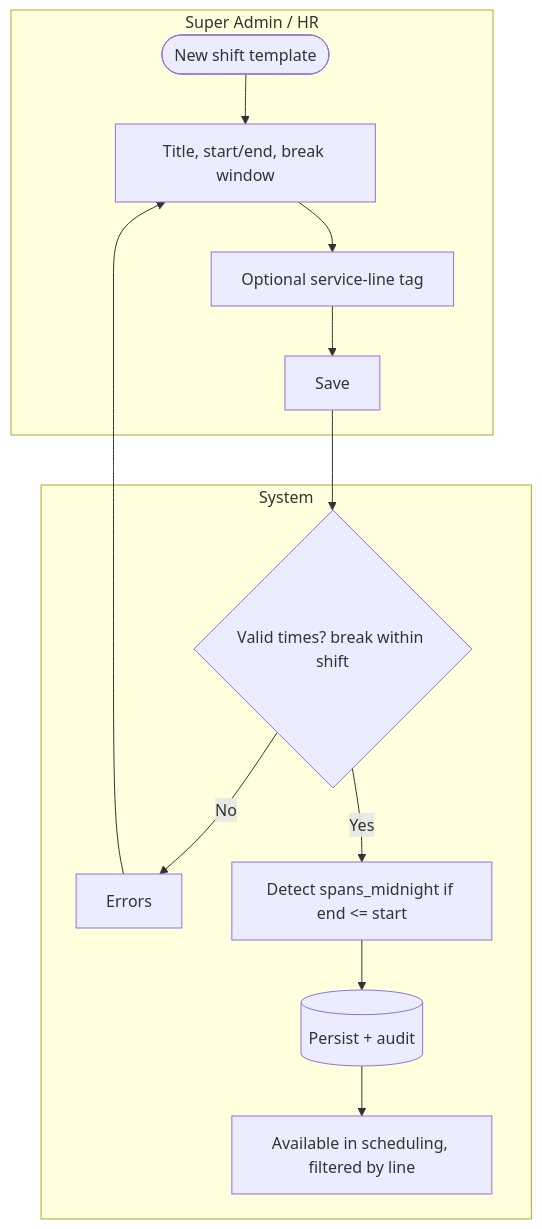
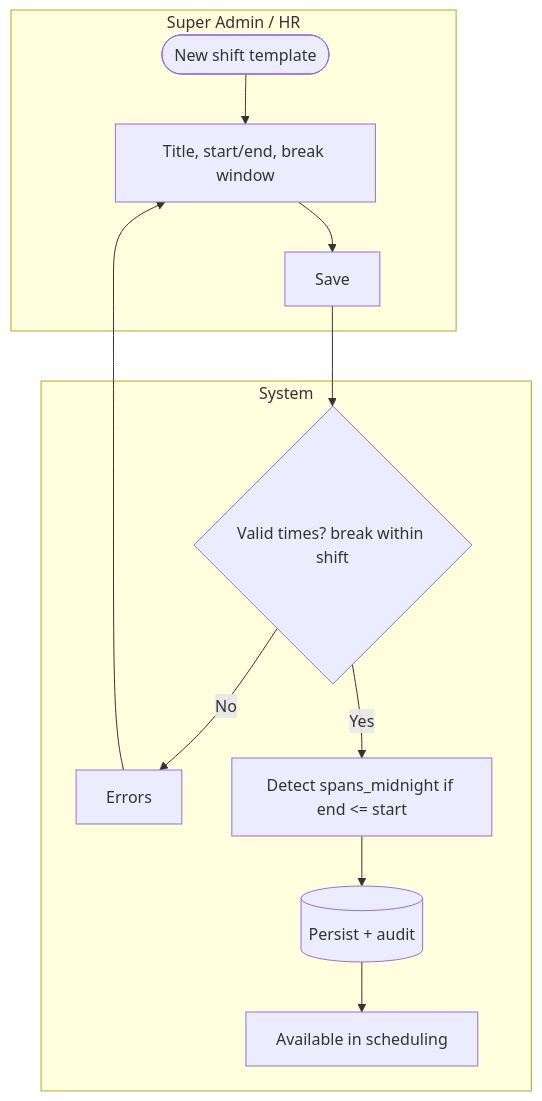
Before and after one commit to hariszaki17/hris-outsource: the second of 5 diagrams in docs/epics/E4-shift-scheduling/FEATURE.md, drawn with Mermaid. The commit also changed other lines of this file and 239 other files, not shown here.

First line of the commit message:
feat!: remove service line concept end-to-end

````diff
--- a/docs/epics/E4-shift-scheduling/FEATURE.md
+++ b/docs/epics/E4-shift-scheduling/FEATURE.md
@@ -88,15 +86,14 @@
 ```mermaid
 flowchart TD
     subgraph Admin[Super Admin / HR]
         A1([New shift template]) --> A2[Title, start/end, break window]
-        A2 --> A3[Optional service-line tag]
-        A3 --> A4[Save]
+        A2 --> A4[Save]
     end
     subgraph SYS[System]
         A4 --> S1{Valid times? break within shift}
         S1 -- No --> S2[Errors] --> A2
         S1 -- Yes --> S3[Detect spans_midnight if end <= start]
         S3 --> S4[(Persist + audit)]
-        S4 --> S5[Available in scheduling, filtered by line]
+        S4 --> S5[Available in scheduling]
     end
 ```
````
